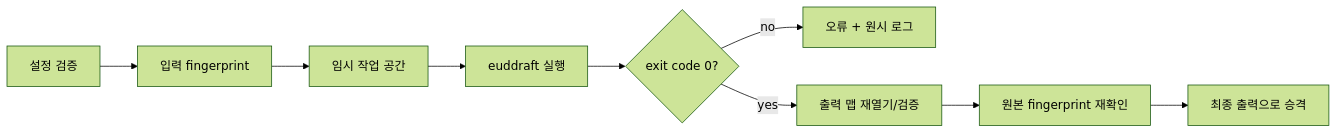
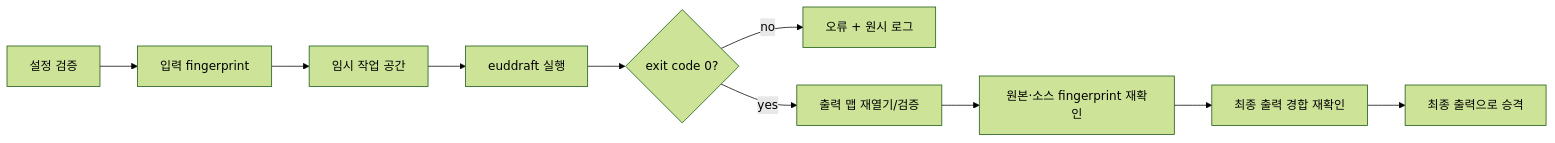
Before and after one commit to blackvrice/starcraft_map_editor: the diagram in docs/EUD_INTEGRATION.md, drawn with Mermaid (forest theme). The commit also changed other lines of this file and 20 other files, not shown here.

````diff
--- a/docs/EUD_INTEGRATION.md
+++ b/docs/EUD_INTEGRATION.md
@@ -181,11 +184,12 @@
 ```mermaid
 flowchart LR
     Validate["설정 검증"] --> Snapshot["입력 fingerprint"]
     Snapshot --> Temp["임시 작업 공간"]
     Temp --> Compile["euddraft 실행"]
     Compile --> CheckExit{"exit code 0?"}
     CheckExit -- no --> Fail["오류 + 원시 로그"]
     CheckExit -- yes --> ValidateMap["출력 맵 재열기/검증"]
-    ValidateMap --> Original["원본 fingerprint 재확인"]
-    Original --> Promote["최종 출력으로 승격"]
+    ValidateMap --> Original["원본·소스 fingerprint 재확인"]
+    Original --> Destination["최종 출력 경합 재확인"]
+    Destination --> Promote["최종 출력으로 승격"]
 ```
````
